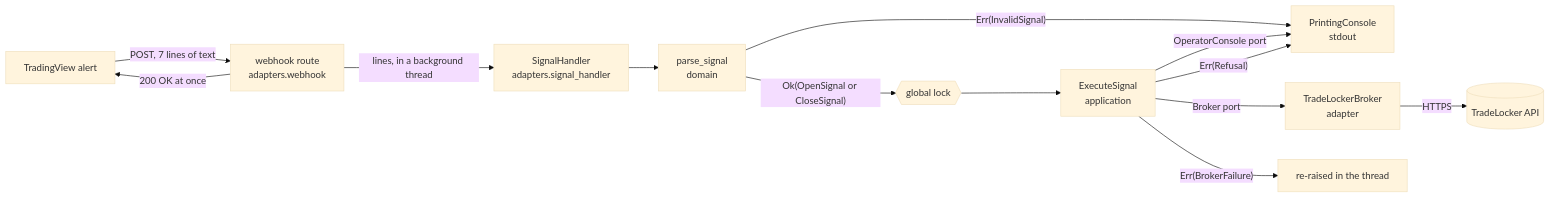
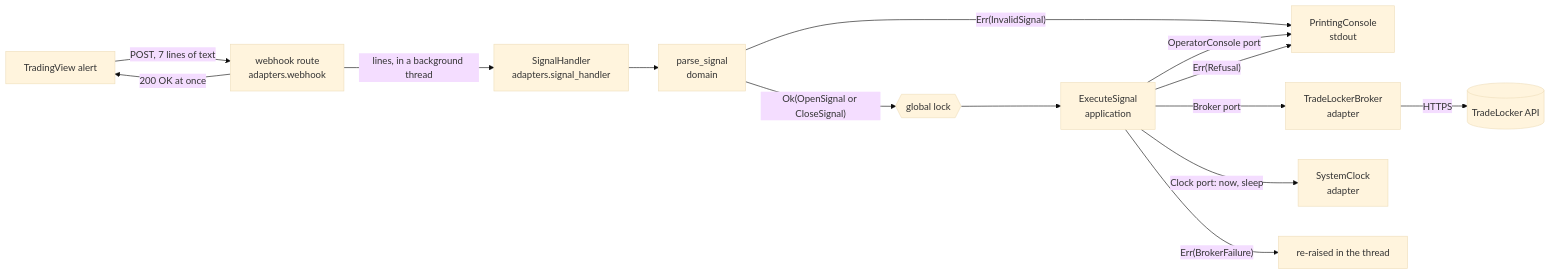
Before and after one commit to Akinzou/TradeLockerBot: the third of 6 diagrams in docs/architecture.md, drawn with Mermaid (base theme). The commit also changed other lines of this file and 17 other files, not shown here.

````diff
--- a/docs/architecture.md
+++ b/docs/architecture.md
@@ -131,15 +133,16 @@
 ```mermaid
 flowchart LR
     TV[TradingView alert] -- "POST, 7 lines of text" --> WH[webhook route<br/>adapters.webhook]
     WH -- "200 OK at once" --> TV
     WH -- "lines, in a background thread" --> SH[SignalHandler<br/>adapters.signal_handler]
     SH --> P[parse_signal<br/>domain]
     P -- "Err(InvalidSignal)" --> CON[PrintingConsole<br/>stdout]
     P -- "Ok(OpenSignal or CloseSignal)" --> LOCK{{global lock}}
     LOCK --> UC[ExecuteSignal<br/>application]
     UC -- "Broker port" --> TLB[TradeLockerBroker<br/>adapter]
     TLB -- "HTTPS" --> API[(TradeLocker API)]
     UC -- "OperatorConsole port" --> CON
+    UC -- "Clock port: now, sleep" --> CLK[SystemClock<br/>adapter]
     UC -- "Err(Refusal)" --> CON
     UC -- "Err(BrokerFailure)" --> RAISE[re-raised in the thread]
 ```
````
